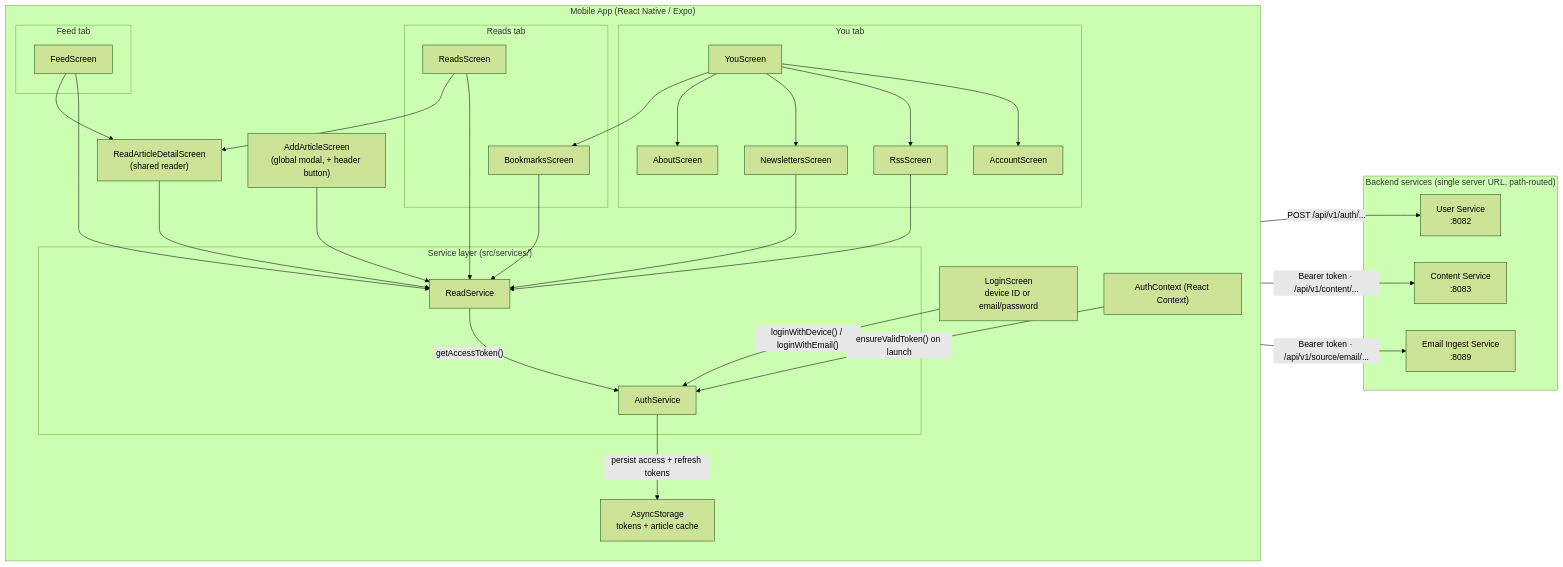
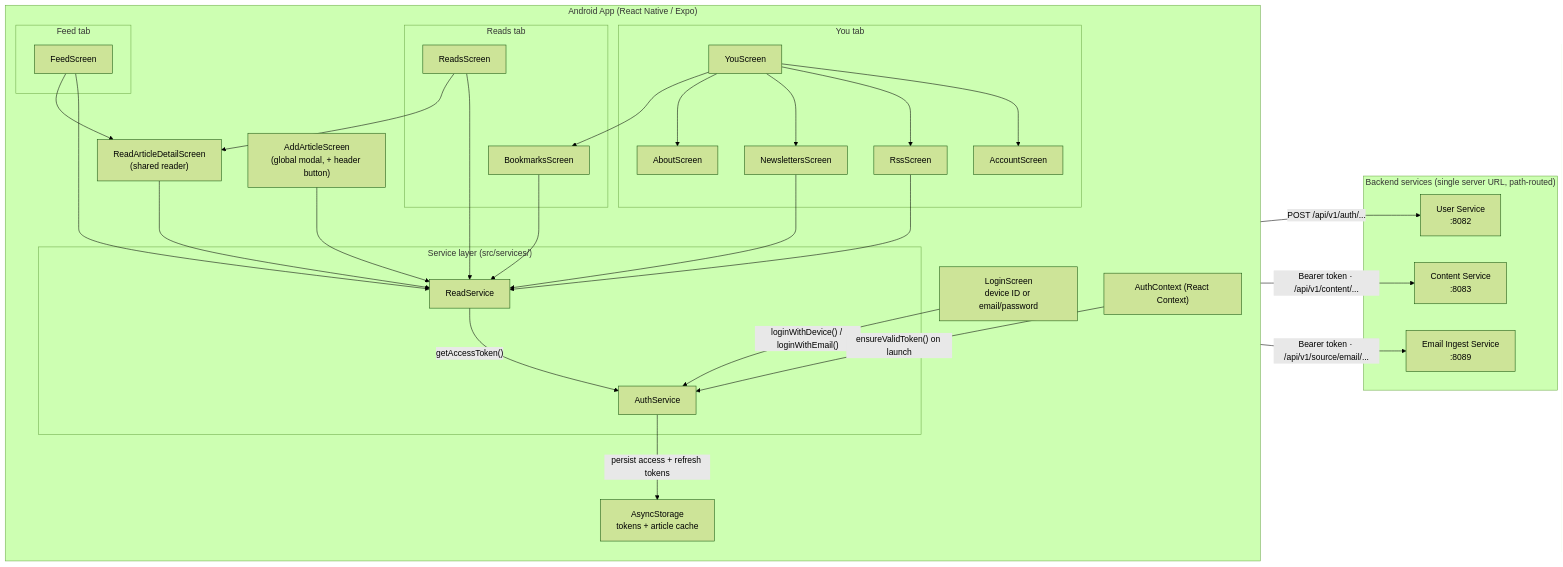
The second of 8 diagrams in docs/ARCHITECTURE.md (andrew-craig/cairn-reader), drawn with Mermaid (forest theme) before and after one commit. The commit also changed other lines of this file and 286 other files, not shown here.

First line of the commit message:
Native iOS app (apps/ios) replaces the React Native iOS build; apps/mobile becomes Android-only (#477)

````diff
--- a/docs/ARCHITECTURE.md
+++ b/docs/ARCHITECTURE.md
@@ -101,68 +118,68 @@
 ```mermaid
 flowchart LR
-    subgraph MobileApp["Mobile App (React Native / Expo)"]
+    subgraph MobileApp["Android App (React Native / Expo)"]
         direction TB
         Login["LoginScreen<br/>device ID or email/password"]
         AddArticle["AddArticleScreen<br/>(global modal, + header button)"]
 
         subgraph FeedTab["Feed tab"]
             Feed["FeedScreen"]
         end
 
         subgraph ReadsTab["Reads tab"]
             Reads["ReadsScreen"]
             Bookmarks["BookmarksScreen"]
         end
 
         Detail["ReadArticleDetailScreen<br/>(shared reader)"]
 
         subgraph YouTab["You tab"]
             You["YouScreen"]
             Account["AccountScreen"]
             Rss["RssScreen"]
             Newsletters["NewslettersScreen"]
             About["AboutScreen"]
         end
 
         subgraph Services["Service layer (src/services/)"]
             AuthSvc["AuthService"]
             ReadSvc["ReadService"]
         end
 
         AuthCtx["AuthContext (React Context)"]
         Storage["AsyncStorage<br/>tokens + article cache"]
     end
 
     subgraph Backend["Backend services (single server URL, path-routed)"]
         UserSvc["User Service<br/>:8082"]
         Content["Content Service<br/>:8083"]
         EmailIngest["Email Ingest Service<br/>:8089"]
     end
 
     Login -->|"loginWithDevice() / loginWithEmail()"| AuthSvc
     AuthCtx -->|"ensureValidToken() on launch"| AuthSvc
     AuthSvc -->|"persist access + refresh tokens"| Storage
     AuthSvc -->|"POST /api/v1/auth/..."| UserSvc
 
     Feed --> ReadSvc
     Reads --> ReadSvc
     Bookmarks --> ReadSvc
     Detail --> ReadSvc
     AddArticle --> ReadSvc
     Rss --> ReadSvc
     Newsletters --> ReadSvc
 
     Feed --> Detail
     Reads --> Detail
 
     ReadSvc -->|"getAccessToken()"| AuthSvc
 
     ReadSvc -->|"Bearer token · /api/v1/content/..."| Content
     ReadSvc -->|"Bearer token · /api/v1/source/email/..."| EmailIngest
 
     You --> Account
     You --> Rss
     You --> Newsletters
     You --> About
     You --> Bookmarks
 ```
````
